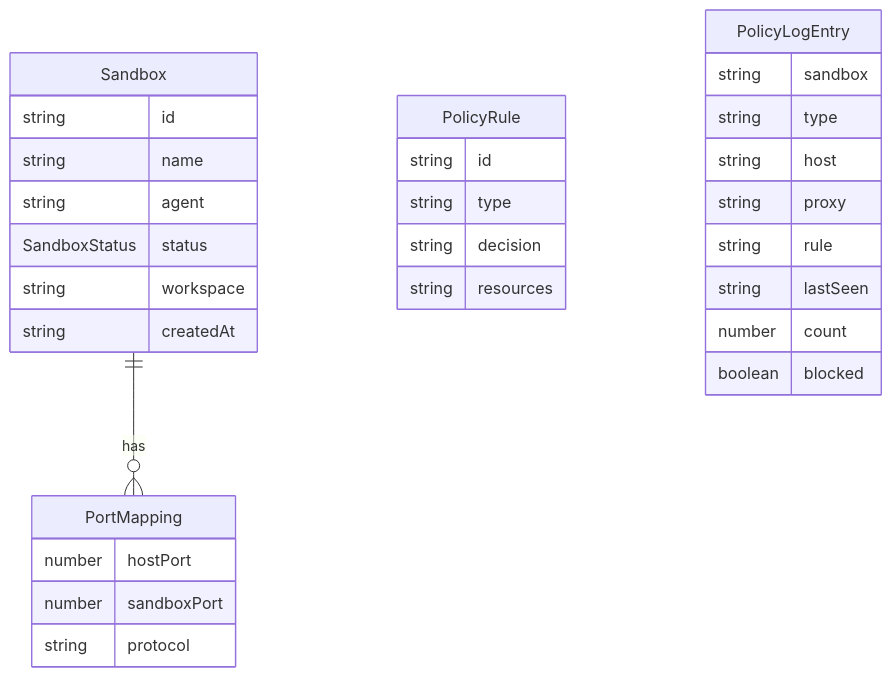
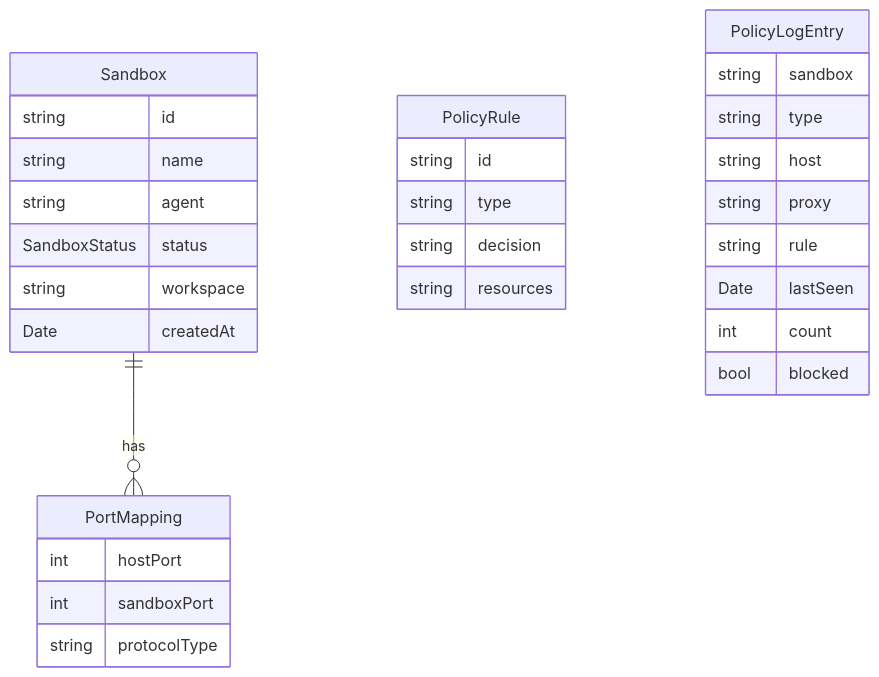
One commit to TETRA2000/sbx-ui changed the fourth of 4 diagrams in .kiro/specs/sbx-ui/design.md. Above: the diagram before and after it, drawn with Mermaid. The commit also changed other lines of this file and 2 other files, not shown here.

````diff
--- a/.kiro/specs/sbx-ui/design.md
+++ b/.kiro/specs/sbx-ui/design.md
@@ -853,33 +800,33 @@
 ```mermaid
 erDiagram
     Sandbox ||--o{ PortMapping : has
     Sandbox {
         string id
         string name
         string agent
         SandboxStatus status
         string workspace
-        string createdAt
+        Date createdAt
     }
     PortMapping {
-        number hostPort
-        number sandboxPort
-        string protocol
+        int hostPort
+        int sandboxPort
+        string protocolType
     }
     PolicyRule {
         string id
         string type
         string decision
         string resources
     }
     PolicyLogEntry {
         string sandbox
         string type
         string host
         string proxy
         string rule
-        string lastSeen
-        number count
-        boolean blocked
+        Date lastSeen
+        int count
+        bool blocked
     }
 ```
````
